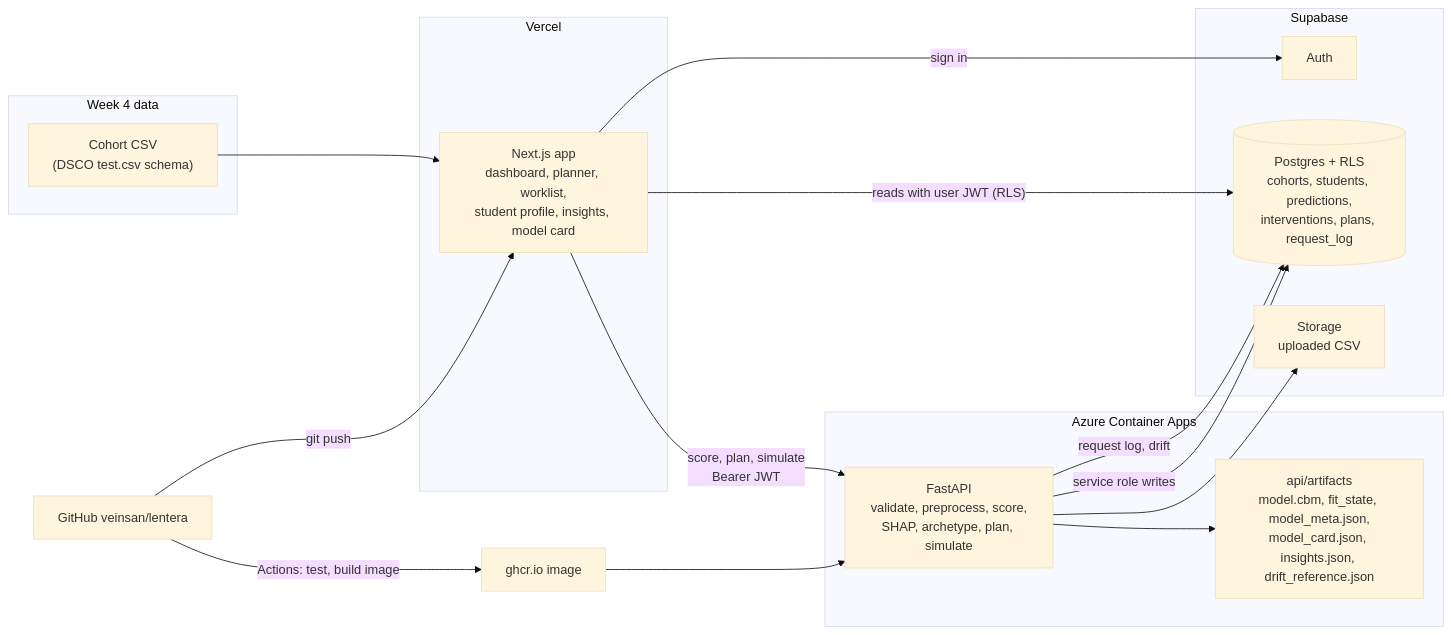
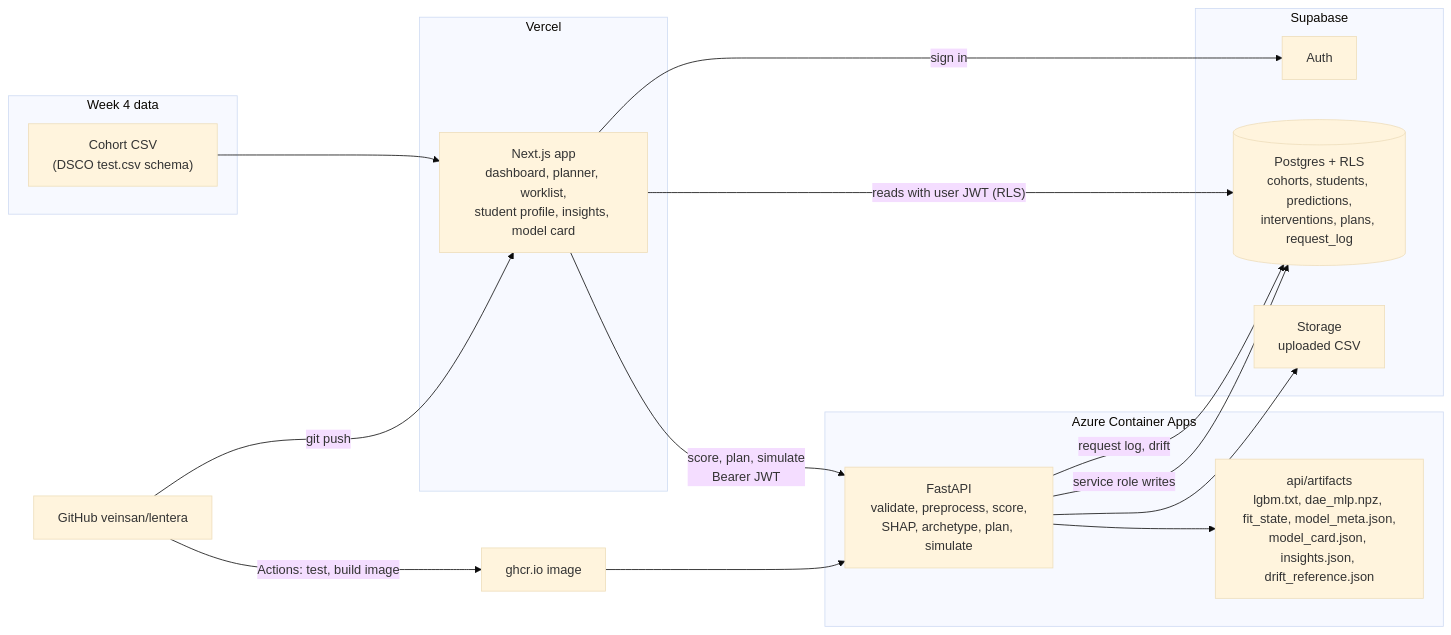
One commit to veinsan/lentera changed the diagram in ARCHITECTURE.md. Above: the diagram before and after it, drawn with Mermaid (base theme). The commit also changed other lines of this file and 49 other files, not shown here.

First line of the commit message:
feat(api): serve the DSCO final notebook model (LightGBM + DAE-MLP)

````diff
--- a/ARCHITECTURE.md
+++ b/ARCHITECTURE.md
@@ -24,28 +24,28 @@
 ```mermaid
 flowchart LR
   subgraph Source["Week 4 data"]
     CSV["Cohort CSV<br/>(DSCO test.csv schema)"]
   end
   subgraph Vercel
     WEB["Next.js app<br/>dashboard, planner, worklist,<br/>student profile, insights, model card"]
   end
   subgraph Azure["Azure Container Apps"]
     API["FastAPI<br/>validate, preprocess, score,<br/>SHAP, archetype, plan, simulate"]
-    ART["api/artifacts<br/>model.cbm, fit_state, model_meta.json,<br/>model_card.json, insights.json, drift_reference.json"]
+    ART["api/artifacts<br/>lgbm.txt, dae_mlp.npz, fit_state, model_meta.json,<br/>model_card.json, insights.json, drift_reference.json"]
   end
   subgraph Supabase
     AUTH["Auth"]
     DB[("Postgres + RLS<br/>cohorts, students, predictions,<br/>interventions, plans, request_log")]
     ST["Storage<br/>uploaded CSV"]
   end
   GH["GitHub veinsan/lentera"] -- "Actions: test, build image" --> GHCR["ghcr.io image"] --> API
   GH -- "git push" --> WEB
   CSV --> WEB
   WEB -- "sign in" --> AUTH
   WEB -- "reads with user JWT (RLS)" --> DB
   WEB -- "score, plan, simulate<br/>Bearer JWT" --> API
   API --> ART
   API -- "service role writes" --> DB
   API --> ST
   API -- "request log, drift" --> DB
 ```
````
